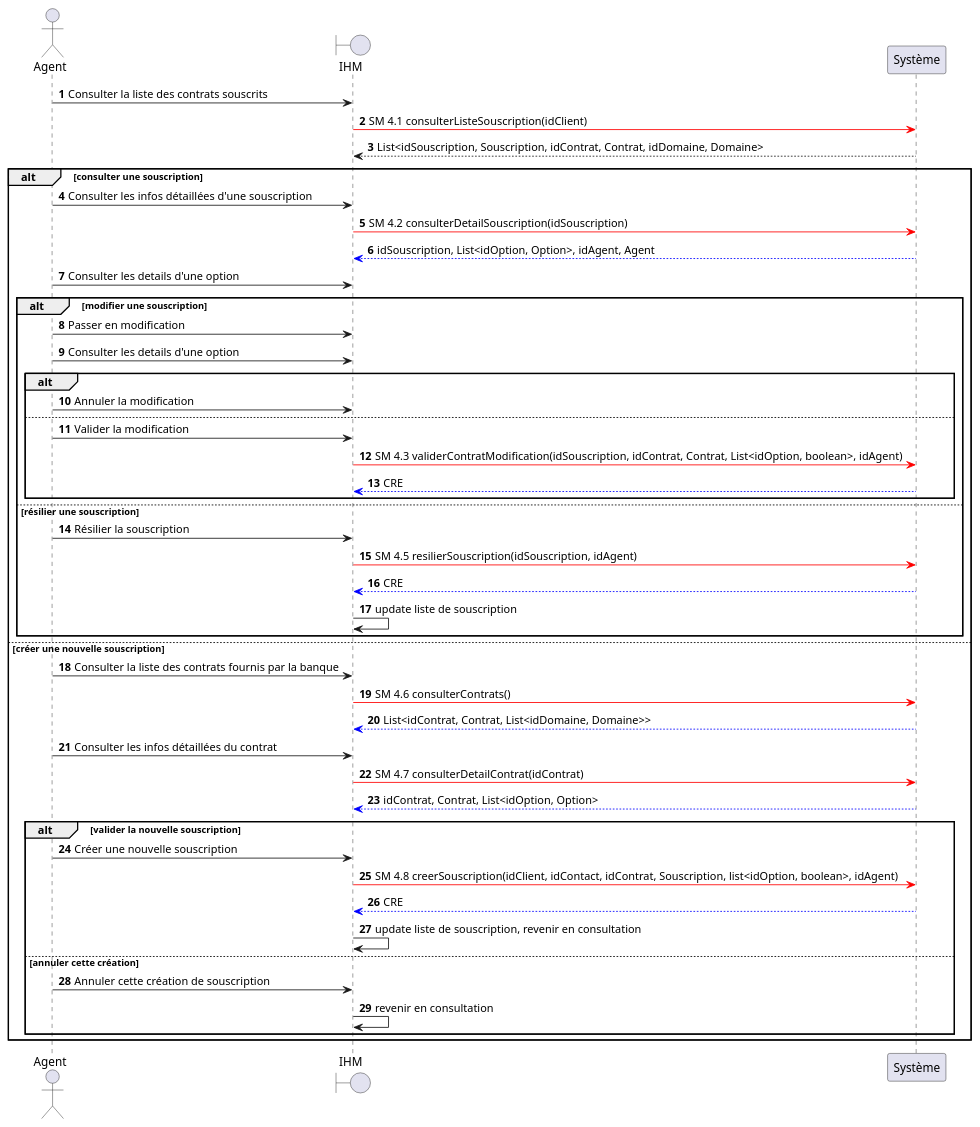
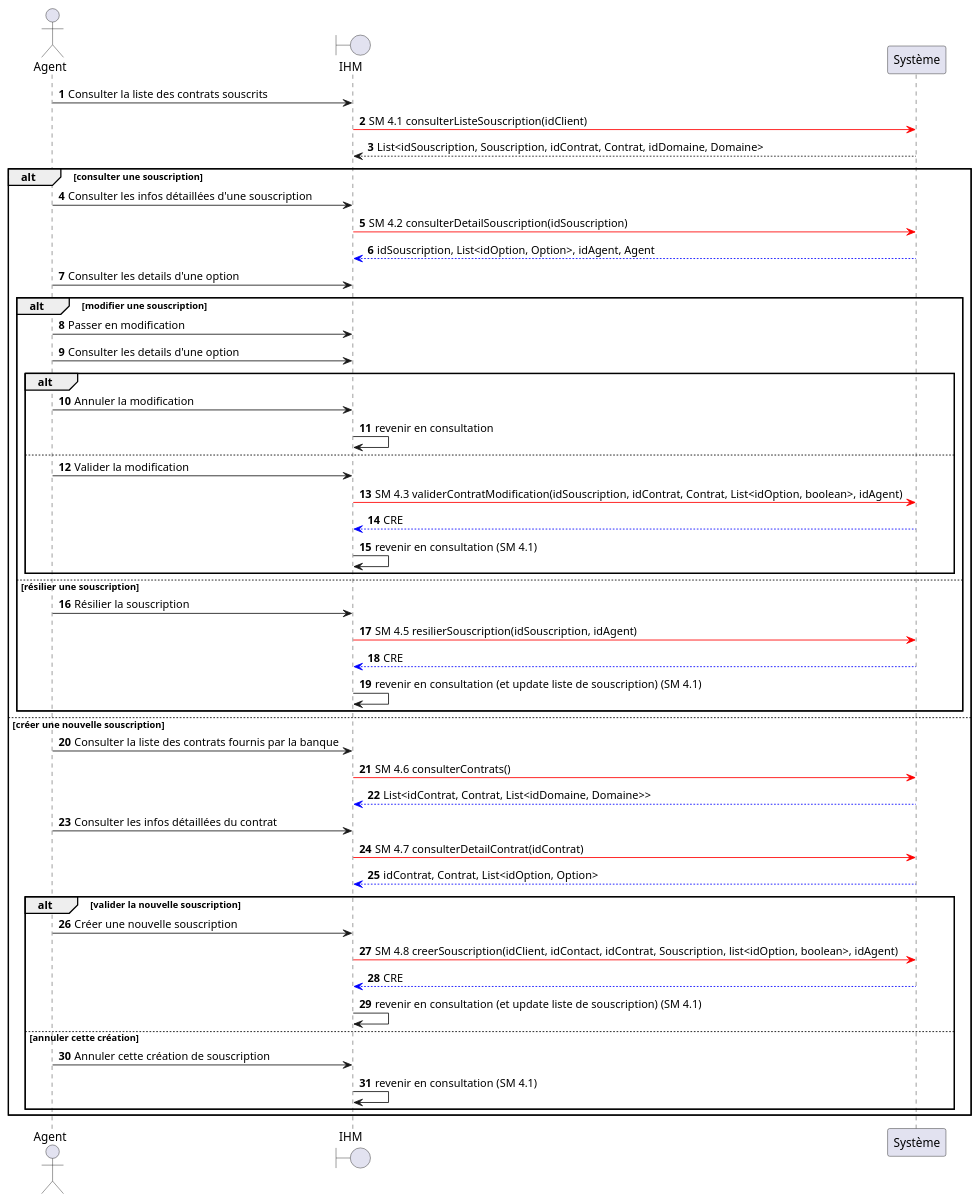
One commit to HZjiadong/PLD-MARS changed the diagram in src/documentation/CU4_DSS.puml. Above: the diagram before and after it, drawn with PlantUML. The commit also changed 1 other file, not shown here.

Commit message:
fix(CU4): add back to consultation mode step for final steps

```diff
--- a/src/documentation/CU4_DSS.puml
+++ b/src/documentation/CU4_DSS.puml
@@ -1,49 +1,51 @@
 @startuml
 actor Agent
 boundary IHM
 autonumber
 Agent -> IHM : Consulter la liste des contrats souscrits
 IHM -[#red]> Système : SM 4.1 consulterListeSouscription(idClient)
 Système --> IHM : List<idSouscription, Souscription, idContrat, Contrat, idDomaine, Domaine>
 
 alt consulter une souscription
     Agent -> IHM : Consulter les infos détaillées d'une souscription
     IHM -[#red]> Système : SM 4.2 consulterDetailSouscription(idSouscription)
     Système -[#0000FF]-> IHM : idSouscription, List<idOption, Option>, idAgent, Agent
     Agent -> IHM : Consulter les details d'une option
     alt modifier une souscription
     Agent -> IHM : Passer en modification
     Agent -> IHM : Consulter les details d'une option
         alt
         Agent -> IHM : Annuler la modification
+        IHM -> IHM : revenir en consultation
         else
         Agent -> IHM : Valider la modification
         IHM -[#red]> Système : SM 4.3 validerContratModification(idSouscription, idContrat, Contrat, List<idOption, boolean>, idAgent)
         Système -[#0000FF]-> IHM : CRE
+        IHM -> IHM : revenir en consultation (SM 4.1)
         end
     else résilier une souscription
     Agent -> IHM : Résilier la souscription
     IHM -[#red]> Système : SM 4.5 resilierSouscription(idSouscription, idAgent)
     Système -[#0000FF]-> IHM : CRE
-    IHM -> IHM : update liste de souscription
+    IHM -> IHM : revenir en consultation (et update liste de souscription) (SM 4.1)
     end
 else créer une nouvelle souscription
     Agent -> IHM : Consulter la liste des contrats fournis par la banque
     IHM -[#red]> Système : SM 4.6 consulterContrats()
     Système -[#0000FF]-> IHM : List<idContrat, Contrat, List<idDomaine, Domaine>>
 
     Agent -> IHM : Consulter les infos détaillées du contrat
     IHM -[#red]> Système : SM 4.7 consulterDetailContrat(idContrat)
     Système -[#0000FF]-> IHM : idContrat, Contrat, List<idOption, Option>
 
         alt valider la nouvelle souscription
         Agent -> IHM : Créer une nouvelle souscription
         IHM -[#red]> Système : SM 4.8 creerSouscription(idClient, idContact, idContrat, Souscription, list<idOption, boolean>, idAgent)
         Système -[#0000FF]-> IHM : CRE
-        IHM -> IHM : update liste de souscription, revenir en consultation
+        IHM -> IHM : revenir en consultation (et update liste de souscription) (SM 4.1)
         else annuler cette création
         Agent -> IHM : Annuler cette création de souscription
-        IHM -> IHM : revenir en consultation
+        IHM -> IHM : revenir en consultation (SM 4.1)
         end
 end
 @enduml
```
